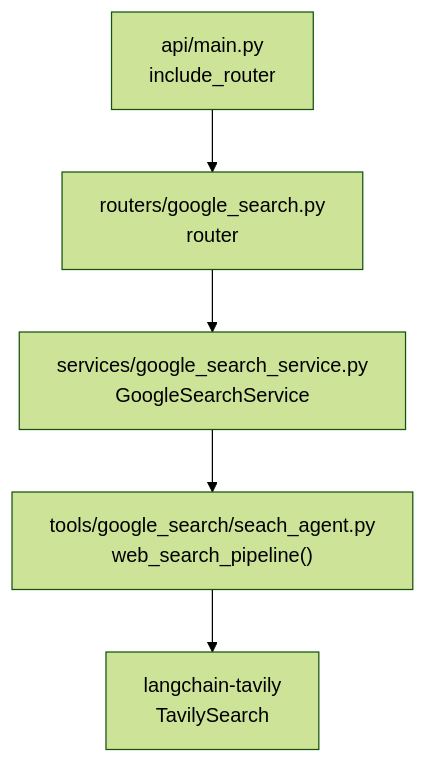
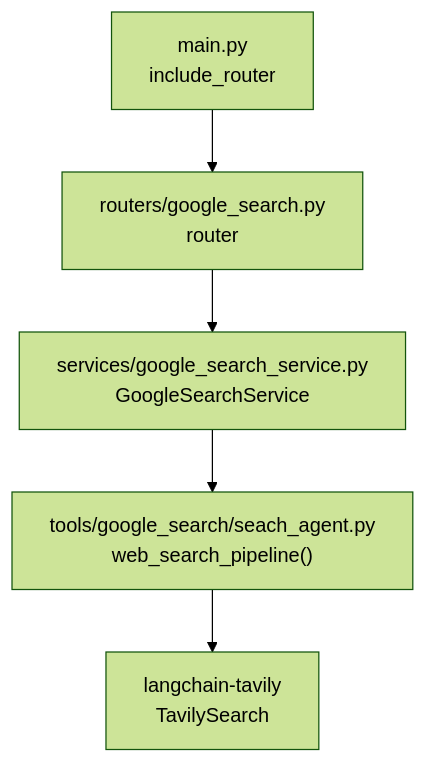
The third of 3 diagrams in src/data/docs/agentic-browser/API Server/Search Integration API.md (tashifkhan/tashif.codes), drawn with Mermaid (forest theme) before and after one commit. The commit also changed other lines of this file and 2128 other files, not shown here.

First line of the commit message:
docs: replace raster diagram images with native Mermaid across project guides

````diff
--- a/src/data/docs/agentic-browser/API Server/Search Integration API.md
+++ b/src/data/docs/agentic-browser/API Server/Search Integration API.md
@@ -108,7 +108,7 @@
 ```mermaid
 graph TB
-A["api/main.py<br/>include_router"] --> B["routers/google_search.py<br/>router"]
+A["main.py<br/>include_router"] --> B["routers/google_search.py<br/>router"]
 B --> C["services/google_search_service.py<br/>GoogleSearchService"]
 C --> D["tools/google_search/seach_agent.py<br/>web_search_pipeline()"]
 D --> E["langchain-tavily<br/>TavilySearch"]
 ```
````
